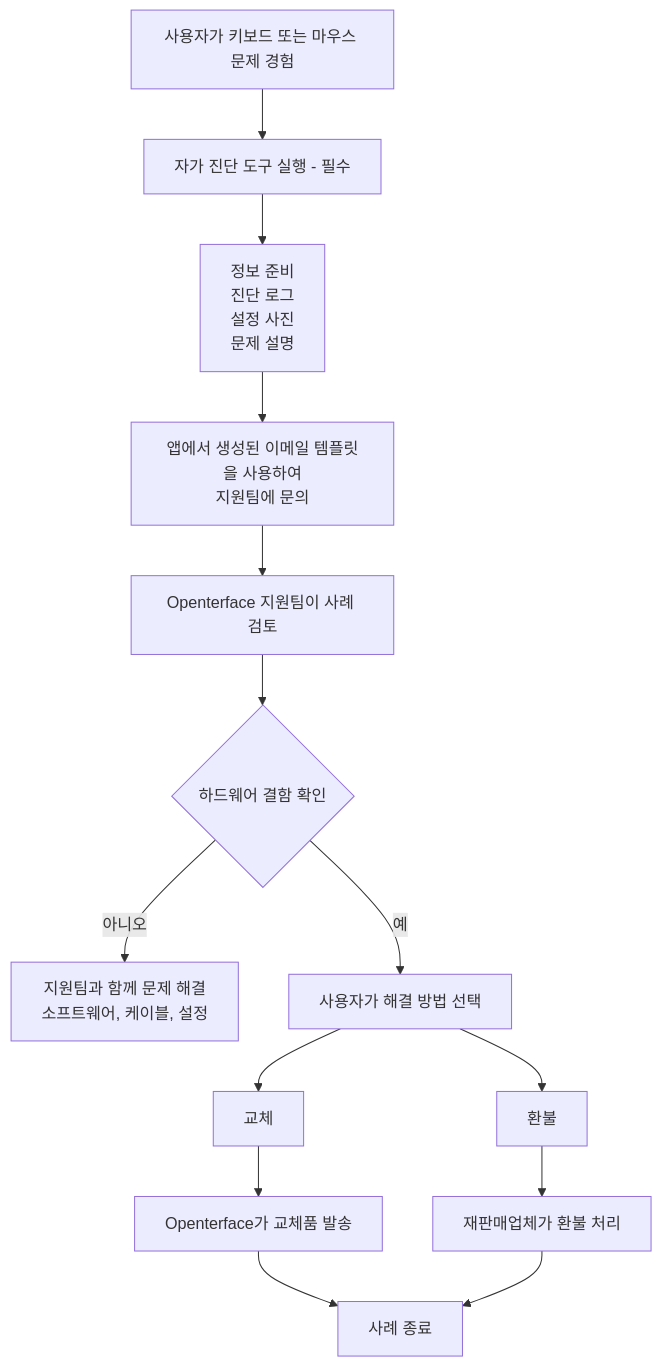
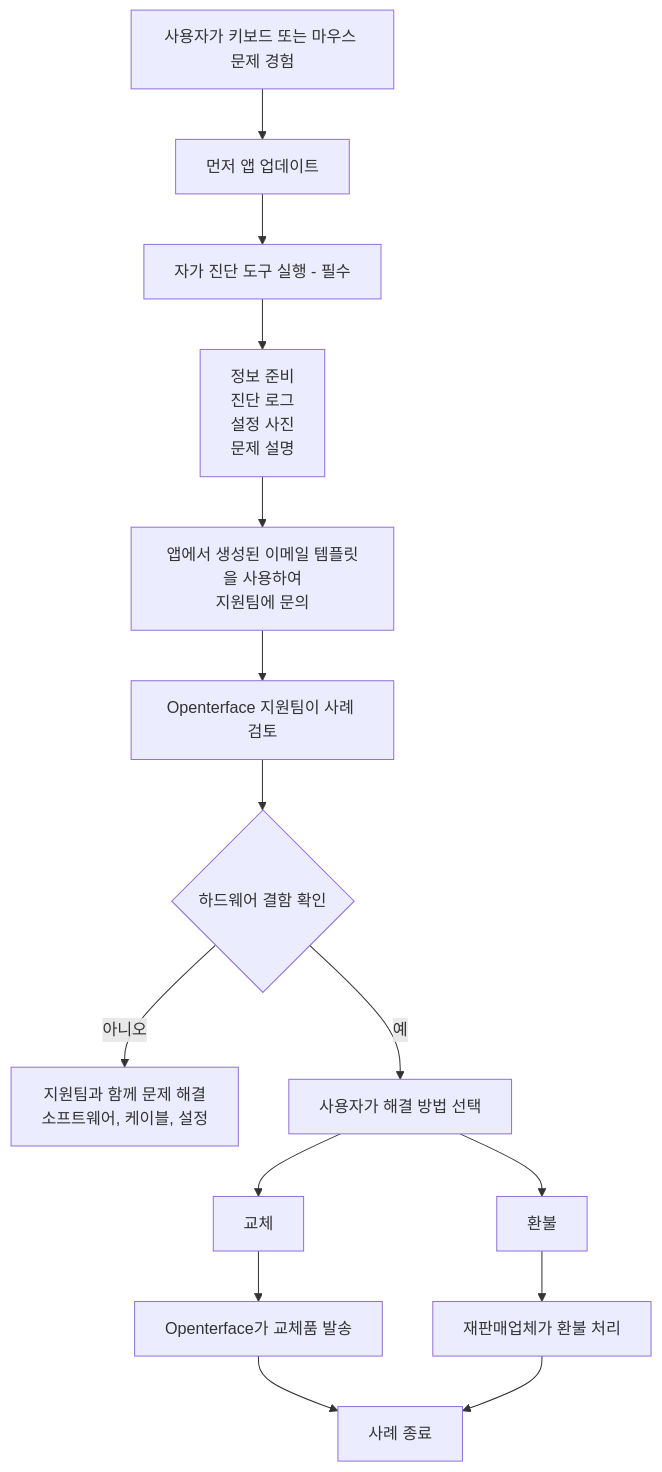
Before and after one commit to TechxArtisanStudio/Openterface: the diagram in docs/product/minikvm/support/mini-kvm-troubleshooting-and-support.ko.md, drawn with Mermaid. The commit also changed other lines of this file and 29 other files, not shown here.

````diff
--- a/docs/product/minikvm/support/mini-kvm-troubleshooting-and-support.ko.md
+++ b/docs/product/minikvm/support/mini-kvm-troubleshooting-and-support.ko.md
@@ -39,21 +39,22 @@
 ```mermaid
 flowchart TD
-    U[사용자가 키보드 또는 마우스 문제 경험] --> D[자가 진단 도구 실행 - 필수]
+    U[사용자가 키보드 또는 마우스 문제 경험] --> A[먼저 앱 업데이트]
+    A --> D[자가 진단 도구 실행 - 필수]
 
     D --> P[정보 준비<br/>진단 로그<br/>설정 사진<br/>문제 설명]
 
     P --> E[앱에서 생성된 이메일 템플릿을 사용하여<br/>지원팀에 문의]
 
     E --> S[Openterface 지원팀이 사례 검토]
 
     S --> R{하드웨어 결함 확인}
 
     R -- 아니오 --> F[지원팀과 함께 문제 해결<br/>소프트웨어, 케이블, 설정]
     R -- 예 --> C[사용자가 해결 방법 선택]
 
     C --> 교체 --> REP[Openterface가 교체품 발송]
     C --> 환불 --> REF[재판매업체가 환불 처리]
 
     REP --> END[사례 종료]
     REF --> END
 ```
````
